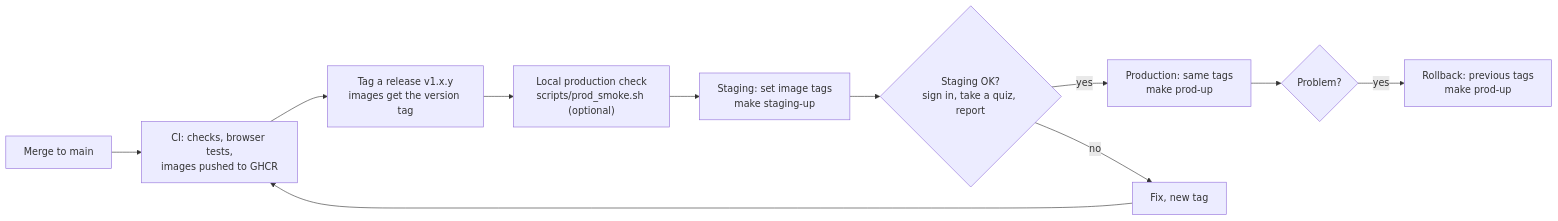
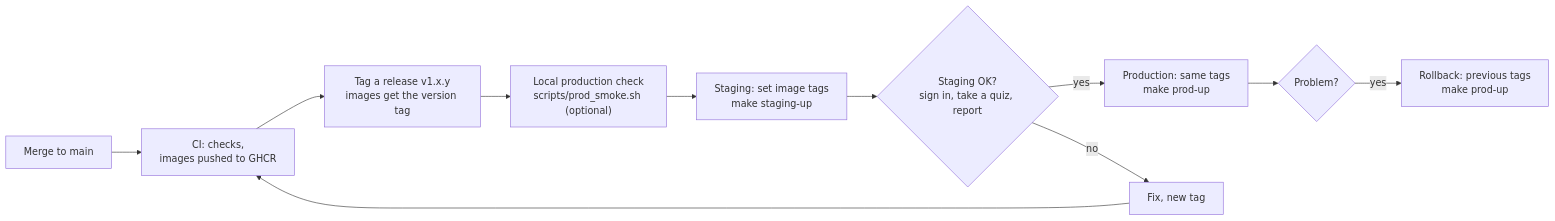
One commit to OSSC-DBIT/openqz changed the diagram in docs/runbook.md. Above: the diagram before and after it, drawn with Mermaid. The commit also changed 12 other files, not shown here.

Commit message:
Browser tests in CI run by hand only; review fixes and table fit on Linux fonts

````diff
--- a/docs/runbook.md
+++ b/docs/runbook.md
@@ -113,12 +113,12 @@
 ```mermaid
 flowchart LR
-    A["Merge to main"] --> B["CI: checks, browser tests,<br/>images pushed to GHCR"]
+    A["Merge to main"] --> B["CI: checks,<br/>images pushed to GHCR"]
     B --> C["Tag a release v1.x.y<br/>images get the version tag"]
     C --> D["Local production check<br/>scripts/prod_smoke.sh (optional)"]
     D --> E["Staging: set image tags<br/>make staging-up"]
     E --> F{"Staging OK?<br/>sign in, take a quiz, report"}
     F -- yes --> G["Production: same tags<br/>make prod-up"]
     F -- no --> H["Fix, new tag"] --> B
     G --> I{"Problem?"}
     I -- yes --> J["Rollback: previous tags<br/>make prod-up"]
 ```
````
